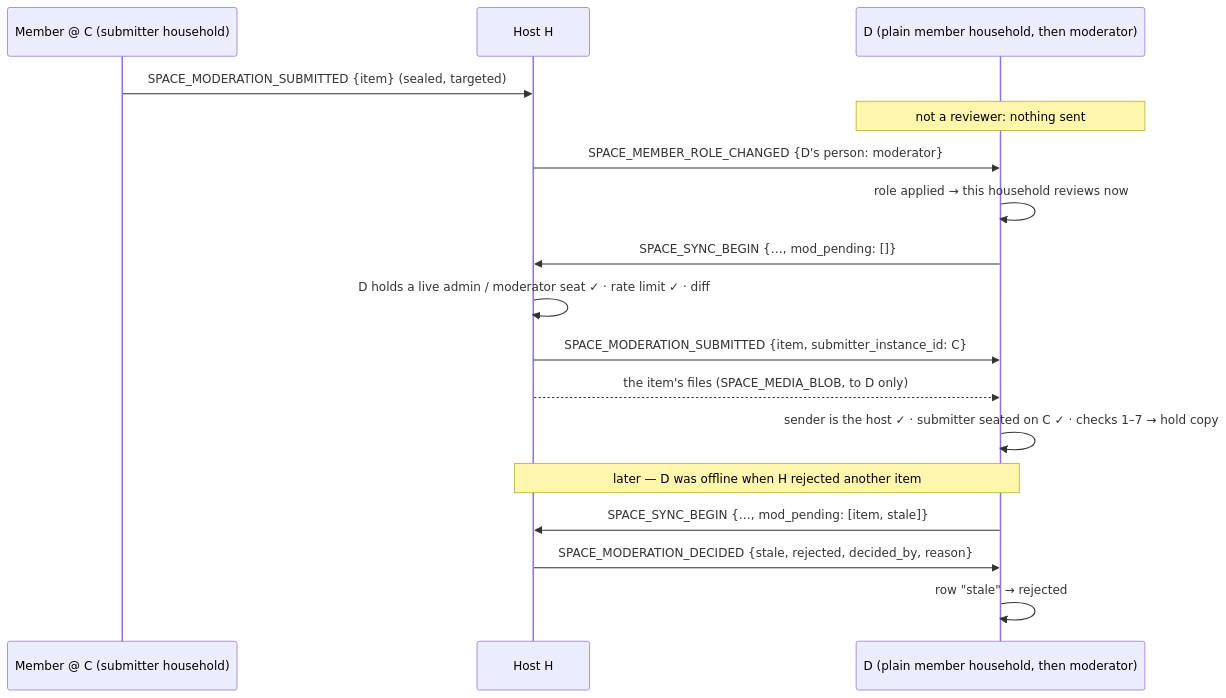
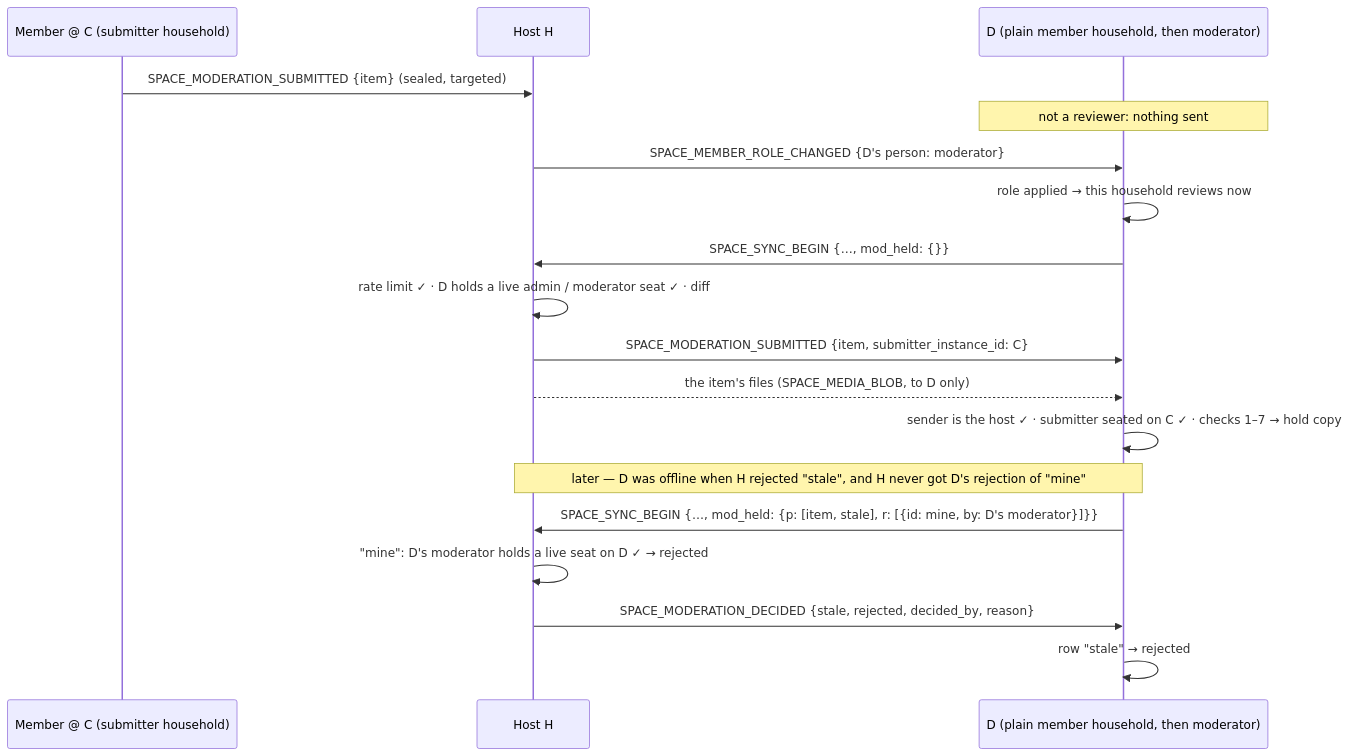
The second of 3 diagrams in docs/protocol/moderation.md (social-home-io/socialhome), drawn with Mermaid before and after one commit. The commit also changed other lines of this file and 6 other files, not shown here.

First line of the commit message:
Docs and demo: the mod_held echo, purged items coming back, one size for every path, reports on promotion; a GFS-only moderator step

````diff
--- a/docs/protocol/moderation.md
+++ b/docs/protocol/moderation.md
@@ -368,19 +394,20 @@
 ```mermaid
 sequenceDiagram
     participant C as Member @ C (submitter household)
     participant H as Host H
     participant D as D (plain member household, then moderator)
     C->>H: SPACE_MODERATION_SUBMITTED {item} (sealed, targeted)
     Note over D: not a reviewer: nothing sent
     H->>D: SPACE_MEMBER_ROLE_CHANGED {D's person: moderator}
     D->>D: role applied → this household reviews now
-    D->>H: SPACE_SYNC_BEGIN {…, mod_pending: []}
-    H->>H: D holds a live admin / moderator seat ✓ · rate limit ✓ · diff
+    D->>H: SPACE_SYNC_BEGIN {…, mod_held: {}}
+    H->>H: rate limit ✓ · D holds a live admin / moderator seat ✓ · diff
     H->>D: SPACE_MODERATION_SUBMITTED {item, submitter_instance_id: C}
     H-->>D: the item's files (SPACE_MEDIA_BLOB, to D only)
     D->>D: sender is the host ✓ · submitter seated on C ✓ · checks 1–7 → hold copy
-    Note over H,D: later — D was offline when H rejected another item
-    D->>H: SPACE_SYNC_BEGIN {…, mod_pending: [item, stale]}
+    Note over H,D: later — D was offline when H rejected "stale", and H never got D's rejection of "mine"
+    D->>H: SPACE_SYNC_BEGIN {…, mod_held: {p: [item, stale], r: [{id: mine, by: D's moderator}]}}
+    H->>H: "mine": D's moderator holds a live seat on D ✓ → rejected
     H->>D: SPACE_MODERATION_DECIDED {stale, rejected, decided_by, reason}
     D->>D: row "stale" → rejected
 ```
````
